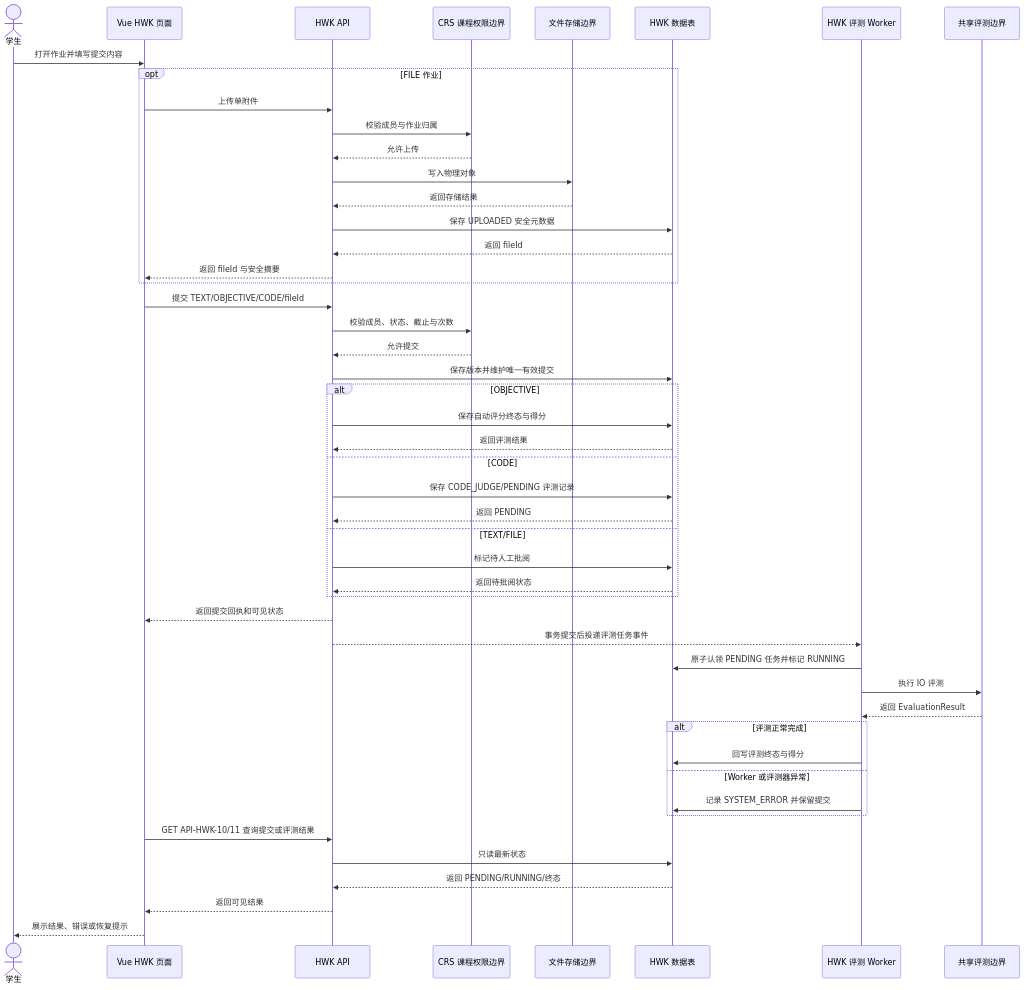
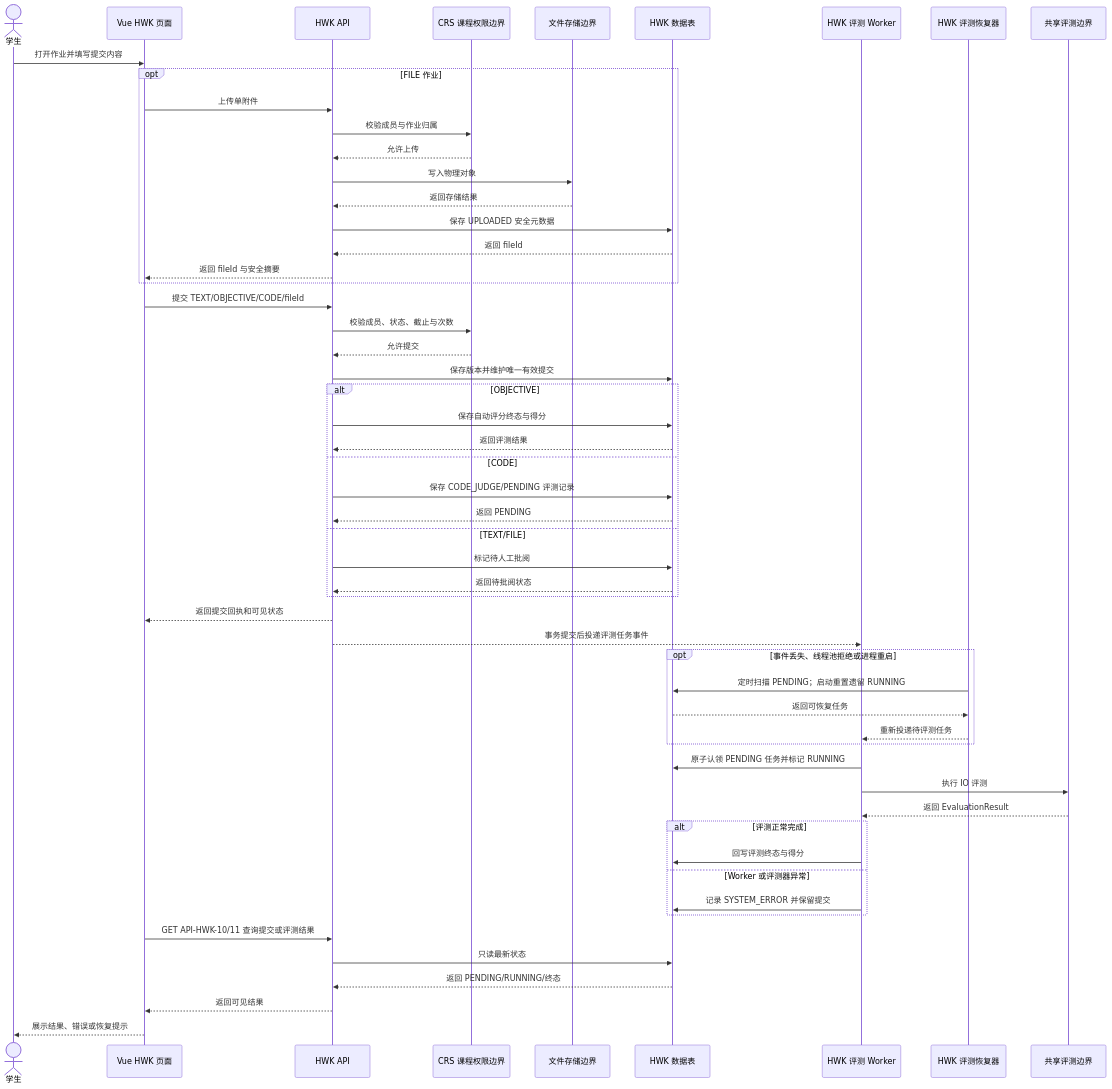
One commit to Cr4zyorange/OnlineJudge changed the diagram in docs/diagrams/arch/fig_5_2_hwk_01_submission_component.mmd. Above: the diagram before and after it, drawn with Mermaid. The commit also changed 10 other files, not shown here.

Commit message:
docs(hwk): document durable evaluation recovery

```diff
--- a/docs/diagrams/arch/fig_5_2_hwk_01_submission_component.mmd
+++ b/docs/diagrams/arch/fig_5_2_hwk_01_submission_component.mmd
@@ -1,49 +1,55 @@
 sequenceDiagram
   actor Student as 学生
   participant Frontend as Vue HWK 页面
   participant API as HWK API
   participant Permission as CRS 课程权限边界
   participant Storage as 文件存储边界
   participant DB as HWK 数据表
   participant Worker as HWK 评测 Worker
+  participant Recovery as HWK 评测恢复器
   participant Evaluator as 共享评测边界
   Student->>Frontend: 打开作业并填写提交内容
   opt FILE 作业
     Frontend->>API: 上传单附件
     API->>Permission: 校验成员与作业归属
     Permission-->>API: 允许上传
     API->>Storage: 写入物理对象
     Storage-->>API: 返回存储结果
     API->>DB: 保存 UPLOADED 安全元数据
     DB-->>API: 返回 fileId
     API-->>Frontend: 返回 fileId 与安全摘要
   end
   Frontend->>API: 提交 TEXT/OBJECTIVE/CODE/fileId
   API->>Permission: 校验成员、状态、截止与次数
   Permission-->>API: 允许提交
   API->>DB: 保存版本并维护唯一有效提交
   alt OBJECTIVE
     API->>DB: 保存自动评分终态与得分
     DB-->>API: 返回评测结果
   else CODE
     API->>DB: 保存 CODE_JUDGE/PENDING 评测记录
     DB-->>API: 返回 PENDING
   else TEXT/FILE
     API->>DB: 标记待人工批阅
     DB-->>API: 返回待批阅状态
   end
   API-->>Frontend: 返回提交回执和可见状态
   API-->>Worker: 事务提交后投递评测任务事件
+  opt 事件丢失、线程池拒绝或进程重启
+    Recovery->>DB: 定时扫描 PENDING；启动重置遗留 RUNNING
+    DB-->>Recovery: 返回可恢复任务
+    Recovery-->>Worker: 重新投递待评测任务
+  end
   Worker->>DB: 原子认领 PENDING 任务并标记 RUNNING
   Worker->>Evaluator: 执行 IO 评测
   Evaluator-->>Worker: 返回 EvaluationResult
   alt 评测正常完成
     Worker->>DB: 回写评测终态与得分
   else Worker 或评测器异常
     Worker->>DB: 记录 SYSTEM_ERROR 并保留提交
   end
   Frontend->>API: GET API-HWK-10/11 查询提交或评测结果
   API->>DB: 只读最新状态
   DB-->>API: 返回 PENDING/RUNNING/终态
   API-->>Frontend: 返回可见结果
   Frontend-->>Student: 展示结果、错误或恢复提示
```
